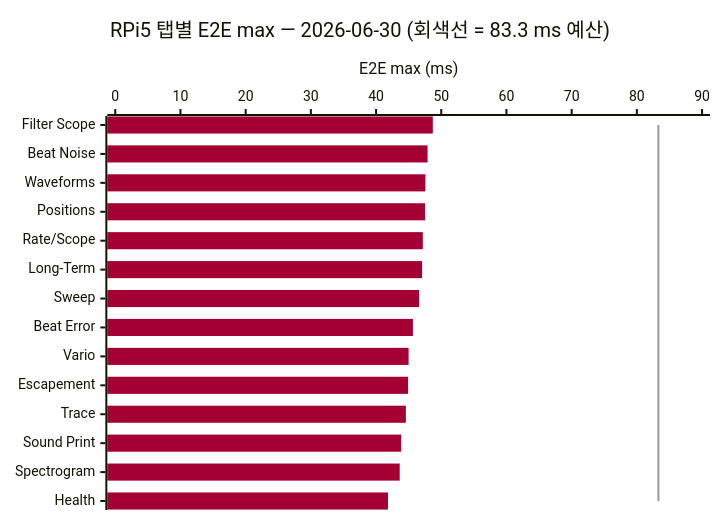
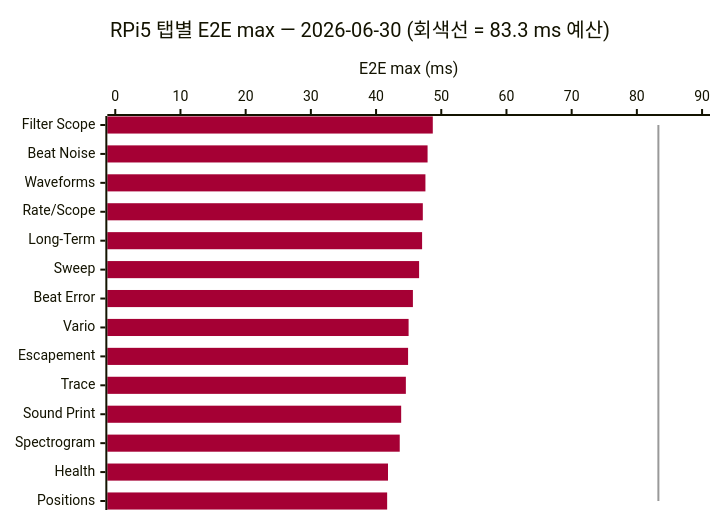
The fourth of 7 diagrams in Milestone/ko/4-Planned-Experiments.md (lgcmu2026-team5/TimeGrapher-Docs), drawn with Mermaid before and after one commit. The commit also changed other lines of this file and 1 other file, not shown here.

Commit message:
docs: adjust Positions benchmark row

````diff
--- a/Milestone/ko/4-Planned-Experiments.md
+++ b/Milestone/ko/4-Planned-Experiments.md
@@ -192,9 +192,9 @@
 ```mermaid
 %%{init: {"themeVariables": {"xyChart": {"plotColorPalette": "#A50034, #999999"}}}}%%
 xychart-beta horizontal
     title "RPi5 탭별 E2E max — 2026-06-30 (회색선 = 83.3 ms 예산)"
-    x-axis ["Filter Scope", "Beat Noise", "Waveforms", "Positions", "Rate/Scope", "Long-Term", "Sweep", "Beat Error", "Vario", "Escapement", "Trace", "Sound Print", "Spectrogram", "Health"]
+    x-axis ["Filter Scope", "Beat Noise", "Waveforms", "Rate/Scope", "Long-Term", "Sweep", "Beat Error", "Vario", "Escapement", "Trace", "Sound Print", "Spectrogram", "Health", "Positions"]
     y-axis "E2E max (ms)" 0 --> 90
-    bar [48.70, 47.90, 47.57, 47.51, 47.17, 47.06, 46.60, 45.65, 44.99, 44.91, 44.57, 43.85, 43.63, 41.83]
+    bar [48.70, 47.90, 47.57, 47.17, 47.06, 46.60, 45.65, 44.99, 44.91, 44.57, 43.85, 43.63, 41.83, 41.70]
     line [83.3, 83.3, 83.3, 83.3, 83.3, 83.3, 83.3, 83.3, 83.3, 83.3, 83.3, 83.3, 83.3, 83.3]
 ```
````
